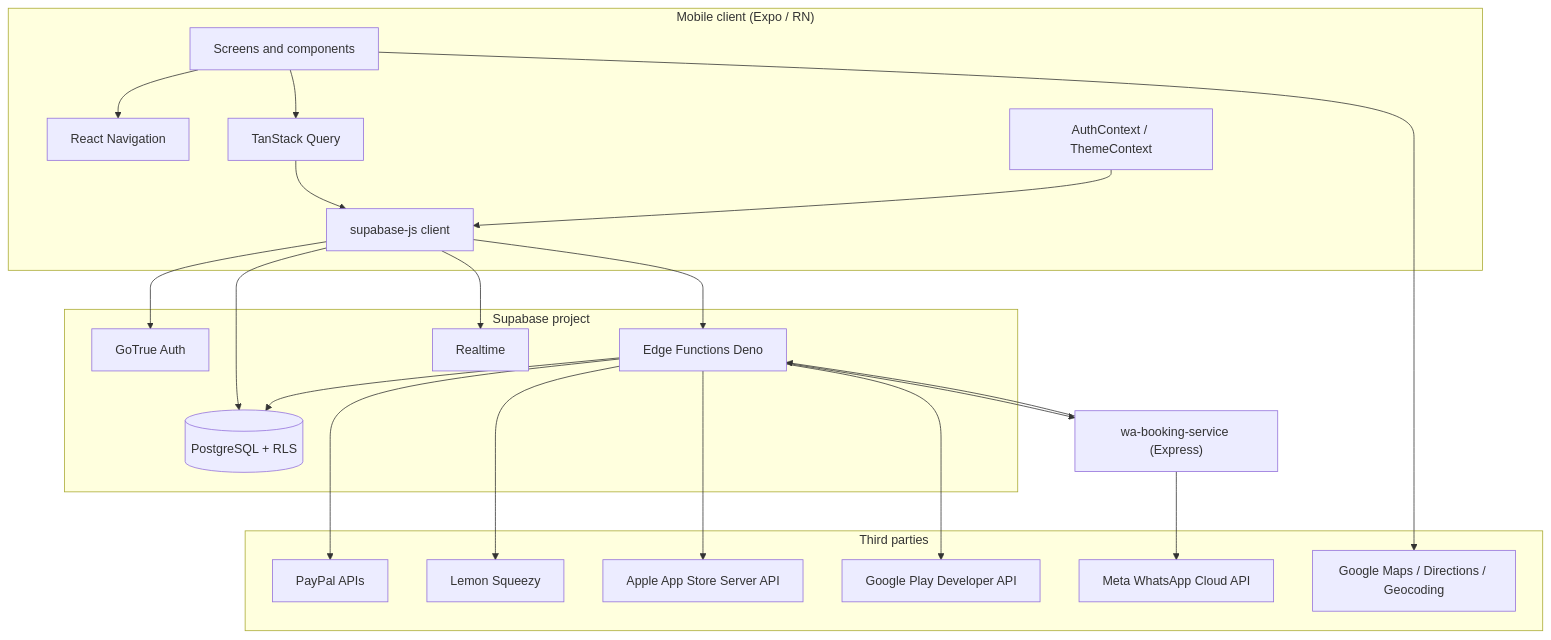
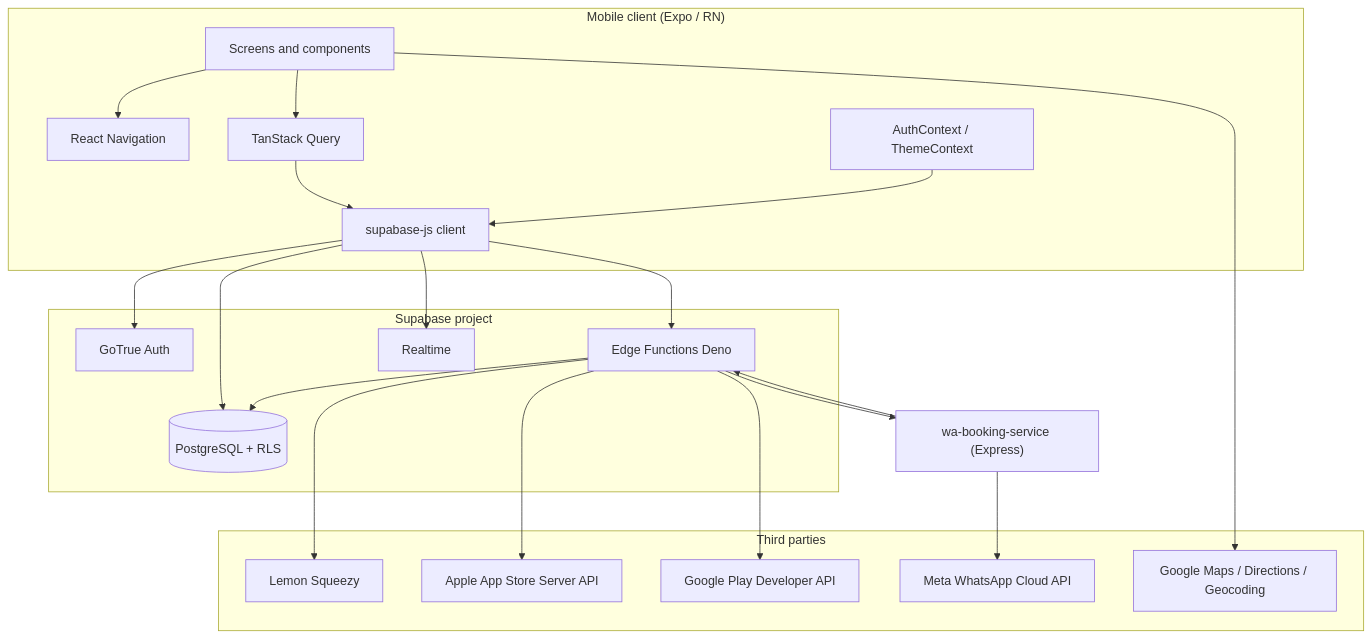
The diagram in README.md (ViperClaw1/pixap), drawn with Mermaid before and after one commit. The commit also changed other lines of this file and 106 other files, not shown here.

````diff
--- a/README.md
+++ b/README.md
@@ -26,46 +26,44 @@
 ```mermaid
 flowchart TB
   subgraph client["Mobile client (Expo / RN)"]
     UI[Screens and components]
     Nav[React Navigation]
     RQ[TanStack Query]
     Ctx[AuthContext / ThemeContext]
     SBClient[supabase-js client]
   end
 
   subgraph supa["Supabase project"]
     Auth[GoTrue Auth]
     DB[(PostgreSQL + RLS)]
     RT[Realtime]
     Edge[Edge Functions Deno]
   end
 
   subgraph external["Third parties"]
     WA[Meta WhatsApp Cloud API]
-    PP[PayPal APIs]
     LS[Lemon Squeezy]
     AAS[Apple App Store Server API]
     GP[Google Play Developer API]
     Maps[Google Maps / Directions / Geocoding]
   end
 
   WA_SVC["wa-booking-service (Express)"]
 
   UI --> Nav
   UI --> RQ
   RQ --> SBClient
   Ctx --> SBClient
   SBClient --> Auth
   SBClient --> DB
   SBClient --> RT
   SBClient --> Edge
   Edge --> DB
-  Edge --> PP
   Edge --> LS
   Edge --> AAS
   Edge --> GP
   Edge --> WA_SVC
   WA_SVC --> WA
   WA_SVC --> Edge
   UI --> Maps
 ```
````
